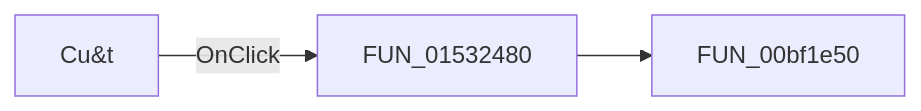
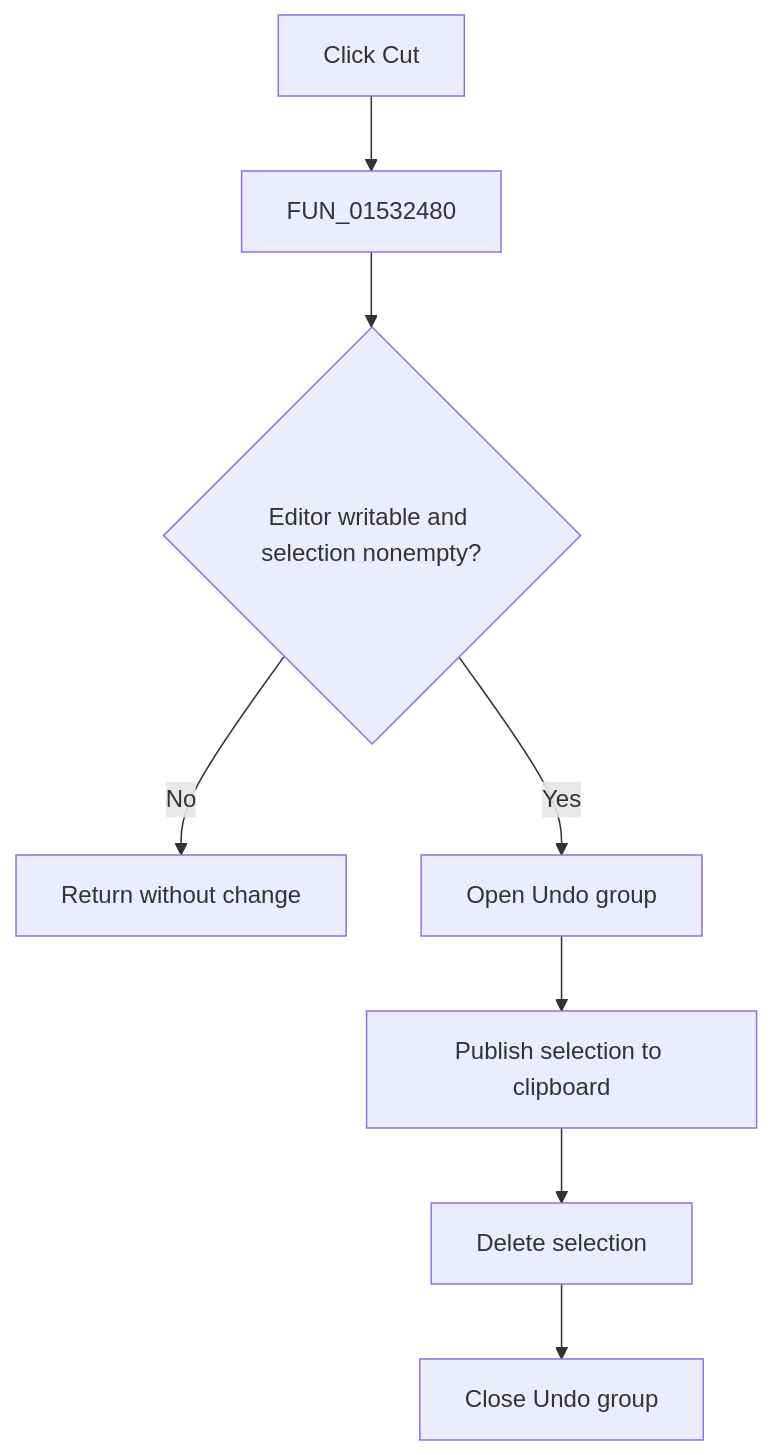
Before and after one commit to MovGP0/TIARA: the diagram in docs/ui-controls/netlisteditor/micut-7a6ecbe38d.md, drawn with Mermaid. The commit also changed other lines of this file and 1062 other files, not shown here.

````diff
--- a/docs/ui-controls/netlisteditor/micut-7a6ecbe38d.md
+++ b/docs/ui-controls/netlisteditor/micut-7a6ecbe38d.md
@@ -27,5 +29,10 @@
 ```mermaid
-flowchart LR
-    control["Cu&t"] -->|OnClick| handler["FUN_01532480"]
-    handler --> call1["FUN_00bf1e50"]
+flowchart TD
+    control["Click Cut"] --> handler["FUN_01532480"]
+    handler --> guard{"Editor writable and selection nonempty?"}
+    guard -->|No| noop["Return without change"]
+    guard -->|Yes| group["Open Undo group"]
+    group --> copy["Publish selection to clipboard"]
+    copy --> remove["Delete selection"]
+    remove --> close["Close Undo group"]
 ```
````
